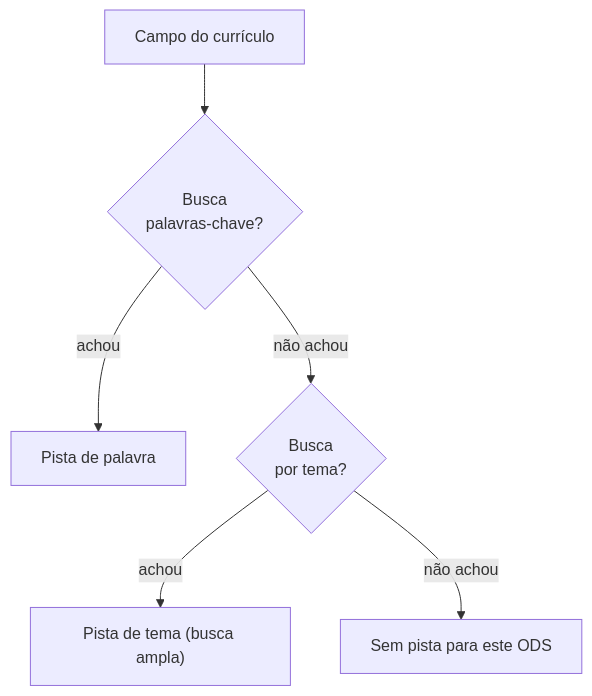
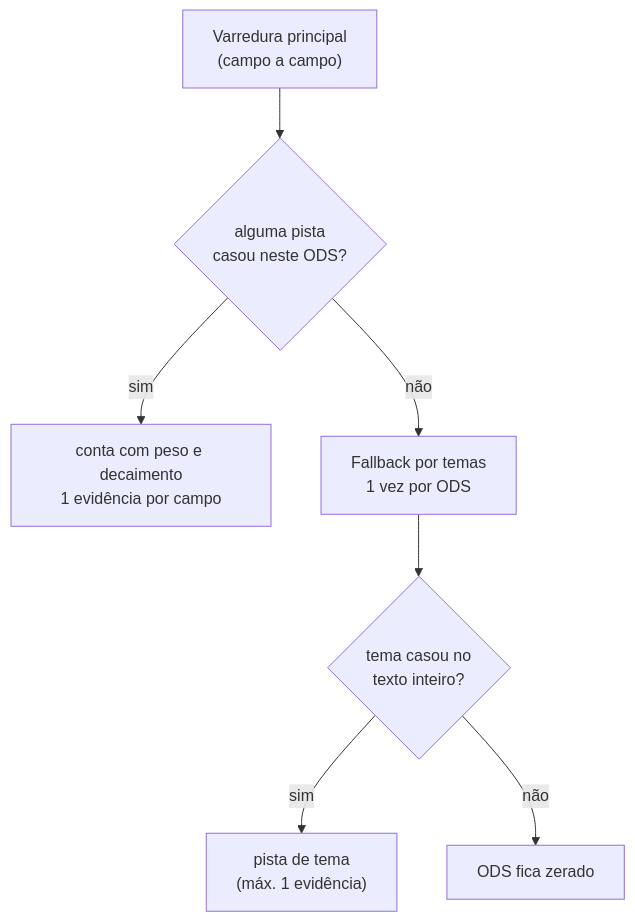
Before and after one commit to frederico-mello/cv-ods-classifier: the fifth of 6 diagrams in docs/04-algoritmo.md, drawn with Mermaid. The commit also changed other lines of this file and 31 other files, not shown here.

First line of the commit message:
feat: Onda M0 - leitura do CV real, busca por fronteira de palavra e evidencias deduplicadas

````diff
--- a/docs/04-algoritmo.md
+++ b/docs/04-algoritmo.md
@@ -101,8 +146,9 @@
 ```mermaid
 flowchart TB
-    C["Campo do currículo"] --> P{"Busca<br/>palavras-chave?"}
-    P -->|achou| E["Pista de palavra"]
-    P -->|não achou| T{"Busca<br/>por tema?"}
-    T -->|achou| E2["Pista de tema (busca ampla)"]
-    T -->|não achou| Z["Sem pista para este ODS"]
+    A["Varredura principal<br/>(campo a campo)"] --> B{"alguma pista<br/>casou neste ODS?"}
+    B -->|sim| C["conta com peso e decaimento<br/>1 evidência por campo"]
+    B -->|não| D["Fallback por temas<br/>1 vez por ODS"]
+    D --> E{"tema casou no<br/>texto inteiro?"}
+    E -->|sim| F["pista de tema<br/>(máx. 1 evidência)"]
+    E -->|não| Z["ODS fica zerado"]
 ```
````
